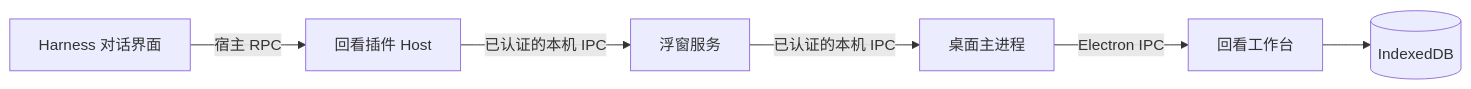
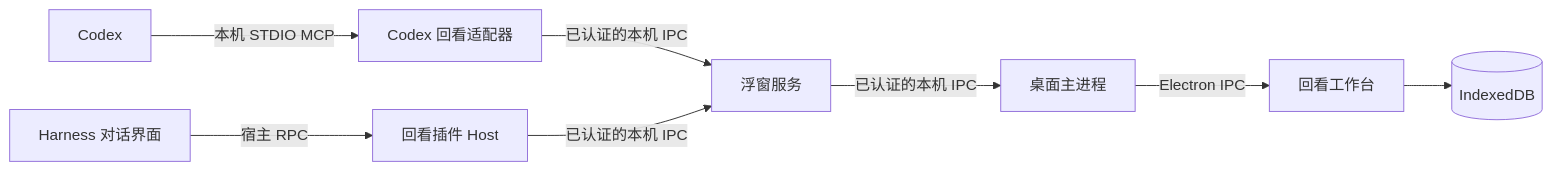
The diagram in docs/ARCHITECTURE.md (Rabbitgenius-rgb/huikan), drawn with Mermaid before and after one commit. The commit also changed other lines of this file and 33 other files, not shown here.

Commit message:
Add local Codex MCP capture and connection setup for 0.3.0

````diff
--- a/docs/ARCHITECTURE.md
+++ b/docs/ARCHITECTURE.md
@@ -3,8 +3,10 @@
 ```mermaid
 flowchart LR
+  X[Codex] -->|本机 STDIO MCP| M[Codex 回看适配器]
+  M -->|已认证的本机 IPC| C[浮窗服务]
   H[Harness 对话界面] -->|宿主 RPC| P[回看插件 Host]
   P -->|已认证的本机 IPC| C[浮窗服务]
   C -->|已认证的本机 IPC| D[桌面主进程]
   D -->|Electron IPC| U[回看工作台]
   U --> I[(IndexedDB)]
 ```
````
